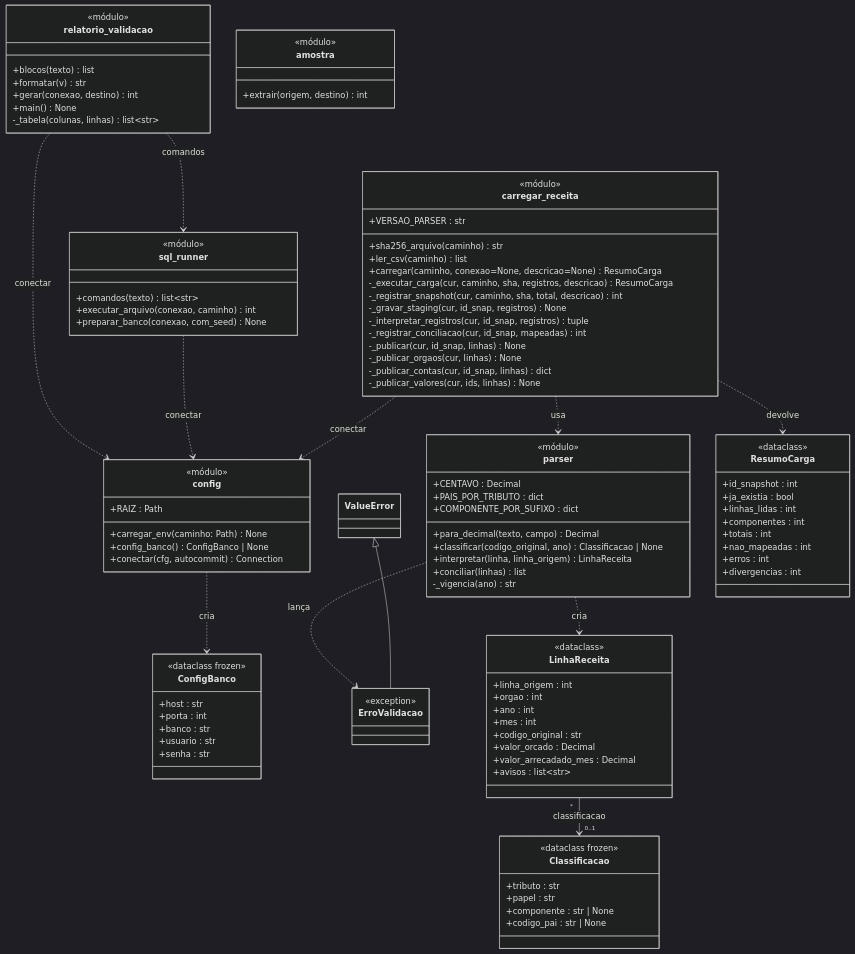
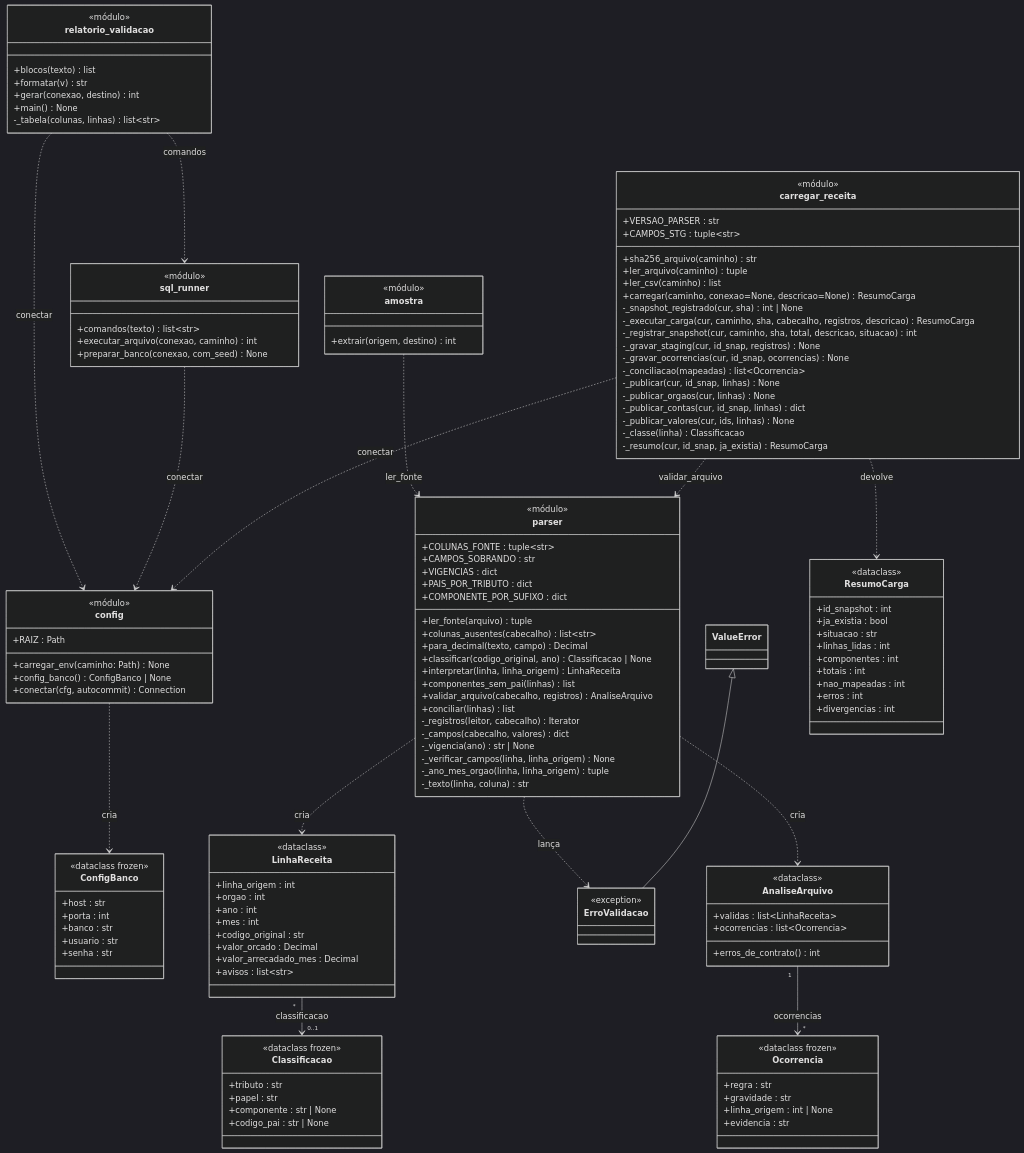
Before and after one commit to guilhermercmoraes-tech/PI2_Sprint2-Grupo-1-UFT: the first of 2 diagrams in docs/parte2/2_banco_implementado.md, drawn with Mermaid (dark theme). The commit also changed other lines of this file and 23 other files, not shown here.

```diff
--- a/docs/parte2/2_banco_implementado.md
+++ b/docs/parte2/2_banco_implementado.md
@@ -82,14 +91,38 @@
     }
     class parser {
         <<módulo>>
-        +CENTAVO : Decimal
+        +COLUNAS_FONTE : tuple~str~
+        +CAMPOS_SOBRANDO : str
+        +VIGENCIAS : dict
         +PAIS_POR_TRIBUTO : dict
         +COMPONENTE_POR_SUFIXO : dict
+        +ler_fonte(arquivo) tuple
+        +colunas_ausentes(cabecalho) list~str~
         +para_decimal(texto, campo) Decimal
         +classificar(codigo_original, ano) Classificacao | None
         +interpretar(linha, linha_origem) LinhaReceita
+        +componentes_sem_pai(linhas) list
+        +validar_arquivo(cabecalho, registros) AnaliseArquivo
         +conciliar(linhas) list
-        -_vigencia(ano) str
+        -_registros(leitor, cabecalho) Iterator
+        -_campos(cabecalho, valores) dict
+        -_vigencia(ano) str | None
+        -_verificar_campos(linha, linha_origem) None
+        -_ano_mes_orgao(linha, linha_origem) tuple
+        -_texto(linha, coluna) str
+    }
+    class Ocorrencia {
+        <<dataclass frozen>>
+        +regra : str
+        +gravidade : str
+        +linha_origem : int | None
+        +evidencia : str
+    }
+    class AnaliseArquivo {
+        <<dataclass>>
+        +validas : list~LinhaReceita~
+        +ocorrencias : list~Ocorrencia~
+        +erros_de_contrato() int
     }
     class ErroValidacao {
         <<exception>>
@@ -116,23 +149,29 @@
     class carregar_receita {
         <<módulo>>
         +VERSAO_PARSER : str
+        +CAMPOS_STG : tuple~str~
         +sha256_arquivo(caminho) str
+        +ler_arquivo(caminho) tuple
         +ler_csv(caminho) list
         +carregar(caminho, conexao=None, descricao=None) ResumoCarga
-        -_executar_carga(cur, caminho, sha, registros, descricao) ResumoCarga
-        -_registrar_snapshot(cur, caminho, sha, total, descricao) int
+        -_snapshot_registrado(cur, sha) int | None
+        -_executar_carga(cur, caminho, sha, cabecalho, registros, descricao) ResumoCarga
+        -_registrar_snapshot(cur, caminho, sha, total, descricao, situacao) int
         -_gravar_staging(cur, id_snap, registros) None
-        -_interpretar_registros(cur, id_snap, registros) tuple
-        -_registrar_conciliacao(cur, id_snap, mapeadas) int
+        -_gravar_ocorrencias(cur, id_snap, ocorrencias) None
+        -_conciliacao(mapeadas) list~Ocorrencia~
         -_publicar(cur, id_snap, linhas) None
         -_publicar_orgaos(cur, linhas) None
         -_publicar_contas(cur, id_snap, linhas) dict
         -_publicar_valores(cur, ids, linhas) None
+        -_classe(linha) Classificacao
+        -_resumo(cur, id_snap, ja_existia) ResumoCarga
     }
     class ResumoCarga {
         <<dataclass>>
         +id_snapshot : int
         +ja_existia : bool
+        +situacao : str
         +linhas_lidas : int
         +componentes : int
         +totais : int
@@ -163,8 +202,11 @@
     config ..> ConfigBanco : cria
     parser ..> ErroValidacao : lança
     parser ..> LinhaReceita : cria
+    parser ..> AnaliseArquivo : cria
+    AnaliseArquivo "1" --> "*" Ocorrencia : ocorrencias
     LinhaReceita "*" --> "0..1" Classificacao : classificacao
-    carregar_receita ..> parser : usa
+    carregar_receita ..> parser : validar_arquivo
+    amostra ..> parser : ler_fonte
     carregar_receita ..> config : conectar
     carregar_receita ..> ResumoCarga : devolve
     sql_runner ..> config : conectar
```
